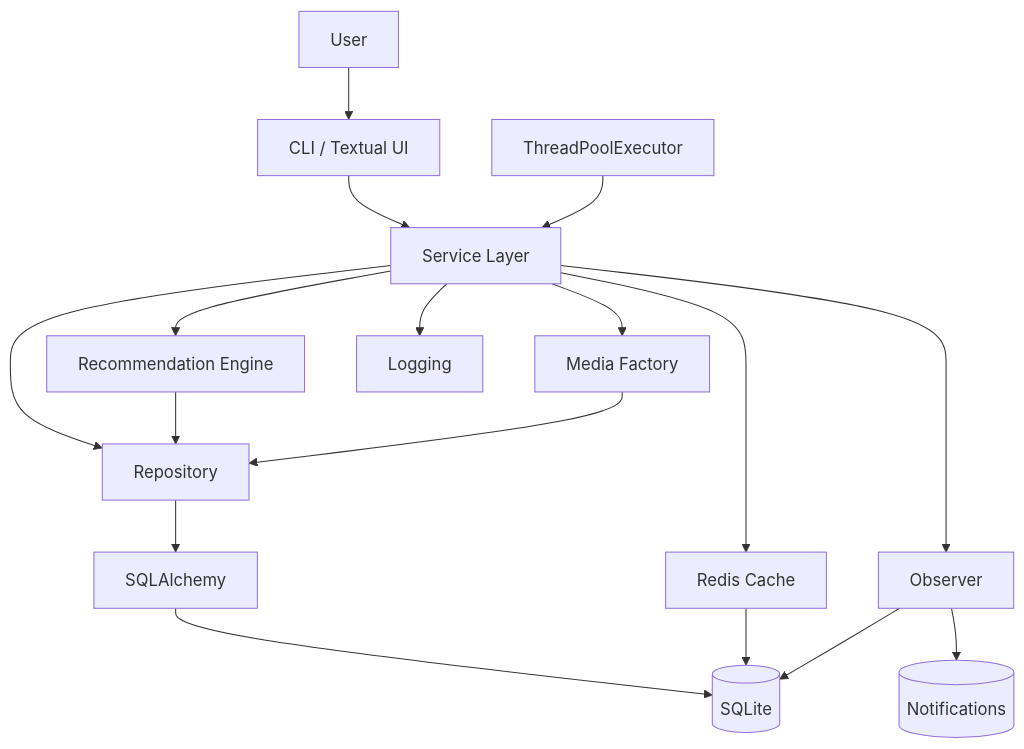
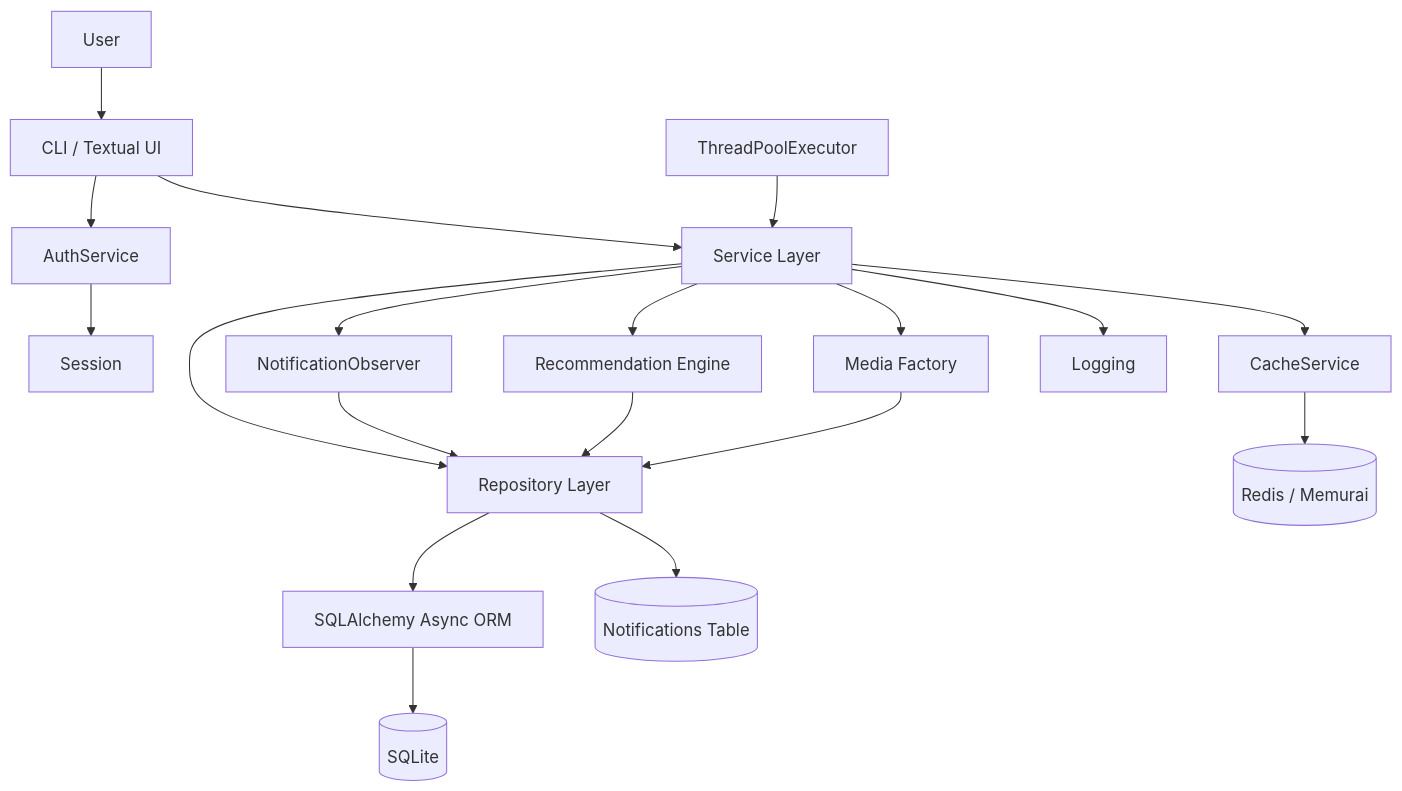
Before and after one commit to shaikalishamuskaan/MINI_PROJECT: the ninth of 9 diagrams in DESIGN DOC.md, drawn with Mermaid. The commit also changed other lines of this file and 2 other files, not shown here.

````diff
--- a/DESIGN DOC.md
+++ b/DESIGN DOC.md
@@ -994,43 +1608,50 @@
 ```mermaid
 flowchart TD
     USER["User"]
 
     UI["CLI / Textual UI"]
 
     SERVICE["Service Layer"]
-
+    AUTH["AuthService"]
+    SESSION["Session"]
     REC["Recommendation Engine"]
     FACTORY["Media Factory"]
     POOL["ThreadPoolExecutor"]
-
-    REPO["Repository"]
-    CACHE["Redis Cache"]
-    OBS["Observer"]
+    REPO["Repository Layer"]
+    CACHE["CacheService"]
+    OBS["NotificationObserver"]
     LOG["Logging"]
 
-    ORM["SQLAlchemy"]
+    ORM["SQLAlchemy Async ORM"]
     DB[("SQLite")]
-    NOTIF[("Notifications")]
+    REDIS[("Redis / Memurai")]
+    NOTIF[("Notifications Table")]
 
     USER --> UI
+
+    UI --> AUTH
+    AUTH --> SESSION
+
     UI --> SERVICE
+
+    POOL --> SERVICE
 
     SERVICE --> REC
     SERVICE --> FACTORY
     SERVICE --> REPO
     SERVICE --> CACHE
     SERVICE --> OBS
     SERVICE --> LOG
 
-    POOL --> SERVICE
-
     REPO --> ORM
     ORM --> DB
 
-    CACHE --> DB
-    OBS --> DB
-    OBS --> NOTIF
+    CACHE --> REDIS
+
+    OBS --> REPO
 
     REC --> REPO
     FACTORY --> REPO
+
+    REPO --> NOTIF
 ```
````
